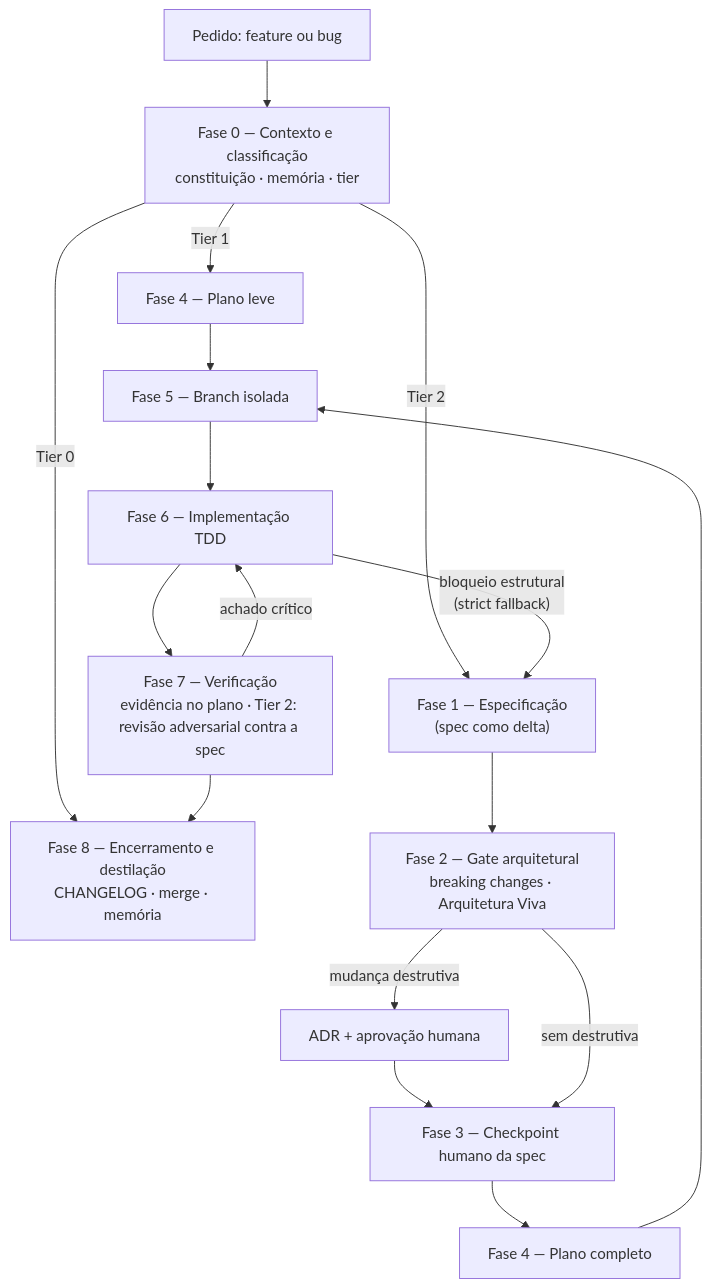
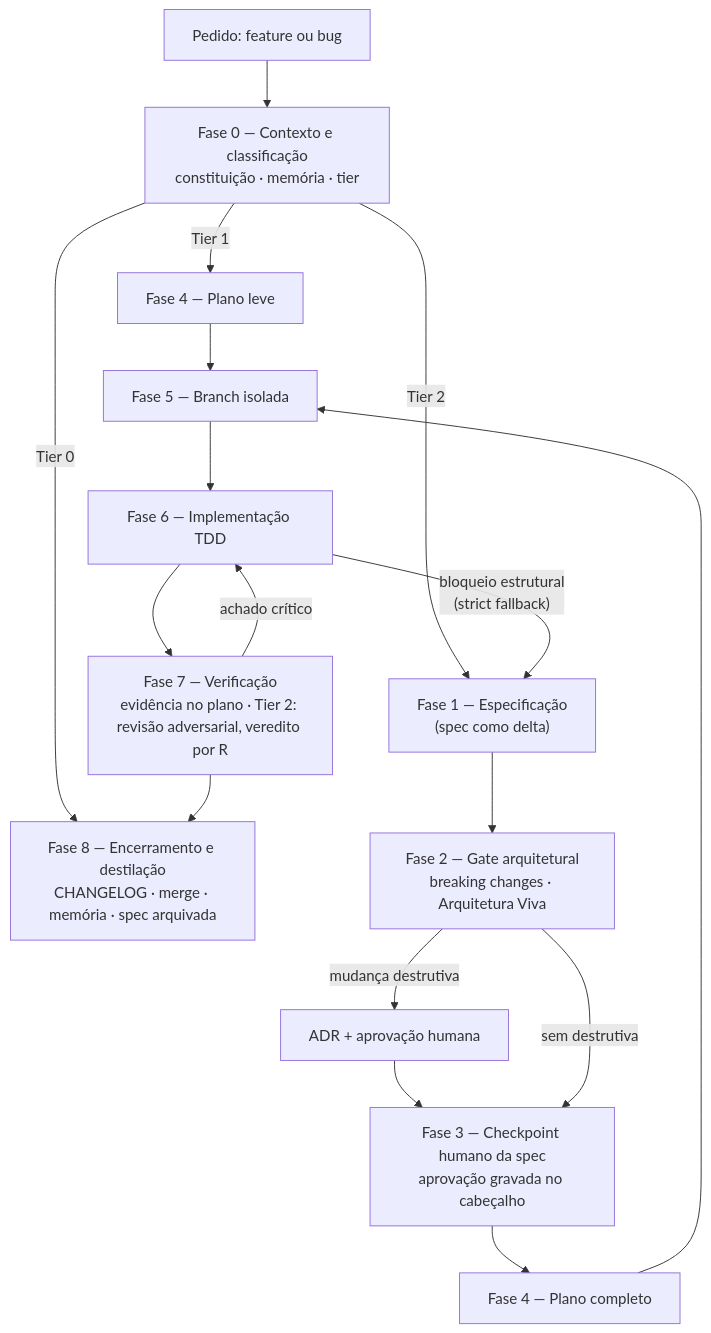
Before and after one commit to thisco/sdd-lifecycle: the diagram in README.md, drawn with Mermaid. The commit also changed other lines of this file and 3 other files, not shown here.

Commit message:
docs: alinhar README, exemplo de Tier 2 e changelog à 3.0.0

````diff
--- a/README.md
+++ b/README.md
@@ -68,19 +72,19 @@
 ```mermaid
 flowchart TD
     A["Pedido: feature ou bug"] --> F0["Fase 0 — Contexto e classificação<br/>constituição · memória · tier"]
     F0 -- "Tier 0" --> F8
     F0 -- "Tier 1" --> F4L["Fase 4 — Plano leve"]
     F0 -- "Tier 2" --> F1["Fase 1 — Especificação<br/>(spec como delta)"]
     F1 --> F2["Fase 2 — Gate arquitetural<br/>breaking changes · Arquitetura Viva"]
     F2 -- "mudança destrutiva" --> ADR["ADR + aprovação humana"]
     ADR --> F3
-    F2 -- "sem destrutiva" --> F3["Fase 3 — Checkpoint humano da spec"]
+    F2 -- "sem destrutiva" --> F3["Fase 3 — Checkpoint humano da spec<br/>aprovação gravada no cabeçalho"]
     F3 --> F4["Fase 4 — Plano completo"]
     F4 --> F5["Fase 5 — Branch isolada"]
     F4L --> F5
     F5 --> F6["Fase 6 — Implementação TDD"]
     F6 -- "bloqueio estrutural<br/>(strict fallback)" --> F1
-    F6 --> F7["Fase 7 — Verificação<br/>evidência no plano · Tier 2: revisão adversarial contra a spec"]
+    F6 --> F7["Fase 7 — Verificação<br/>evidência no plano · Tier 2: revisão adversarial, veredito por R<n>"]
     F7 -- "achado crítico" --> F6
-    F7 --> F8["Fase 8 — Encerramento e destilação<br/>CHANGELOG · merge · memória"]
+    F7 --> F8["Fase 8 — Encerramento e destilação<br/>CHANGELOG · merge · memória · spec arquivada"]
 ```
````
